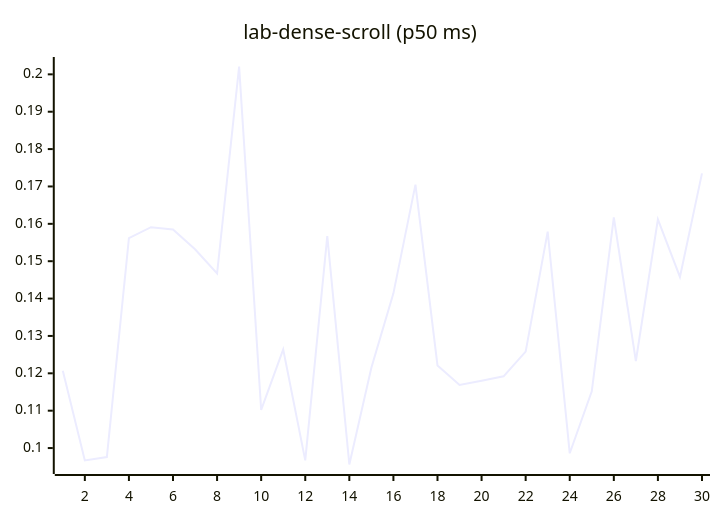
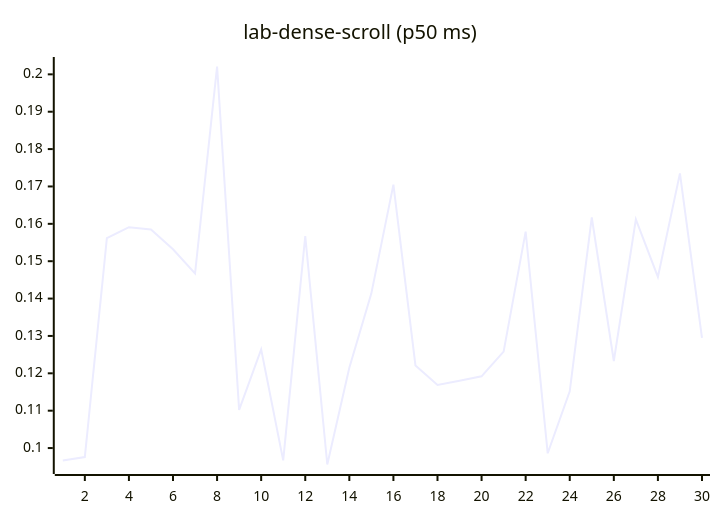
Before and after one commit to josha/Facet: diagram 12 of 27 in README.md, drawn with Mermaid. The commit also changed other lines of this file and 2 other files, not shown here.

````diff
--- a/README.md
+++ b/README.md
@@ -140,6 +140,6 @@
 ```mermaid
 xychart-beta
     title "lab-dense-scroll (p50 ms)"
     x-axis 1 --> 30
-    line [0.1207, 0.0967, 0.0976, 0.1562, 0.1591, 0.1585, 0.1532, 0.1467, 0.2021, 0.1102, 0.1264, 0.0967, 0.1567, 0.0956, 0.1215, 0.1414, 0.1705, 0.1221, 0.1169, 0.1180, 0.1192, 0.1258, 0.1579, 0.0986, 0.1152, 0.1617, 0.1233, 0.1612, 0.1458, 0.1735]
+    line [0.0967, 0.0976, 0.1562, 0.1591, 0.1585, 0.1532, 0.1467, 0.2021, 0.1102, 0.1264, 0.0967, 0.1567, 0.0956, 0.1215, 0.1414, 0.1705, 0.1221, 0.1169, 0.1180, 0.1192, 0.1258, 0.1579, 0.0986, 0.1152, 0.1617, 0.1233, 0.1612, 0.1458, 0.1735, 0.1295]
 ```
````
